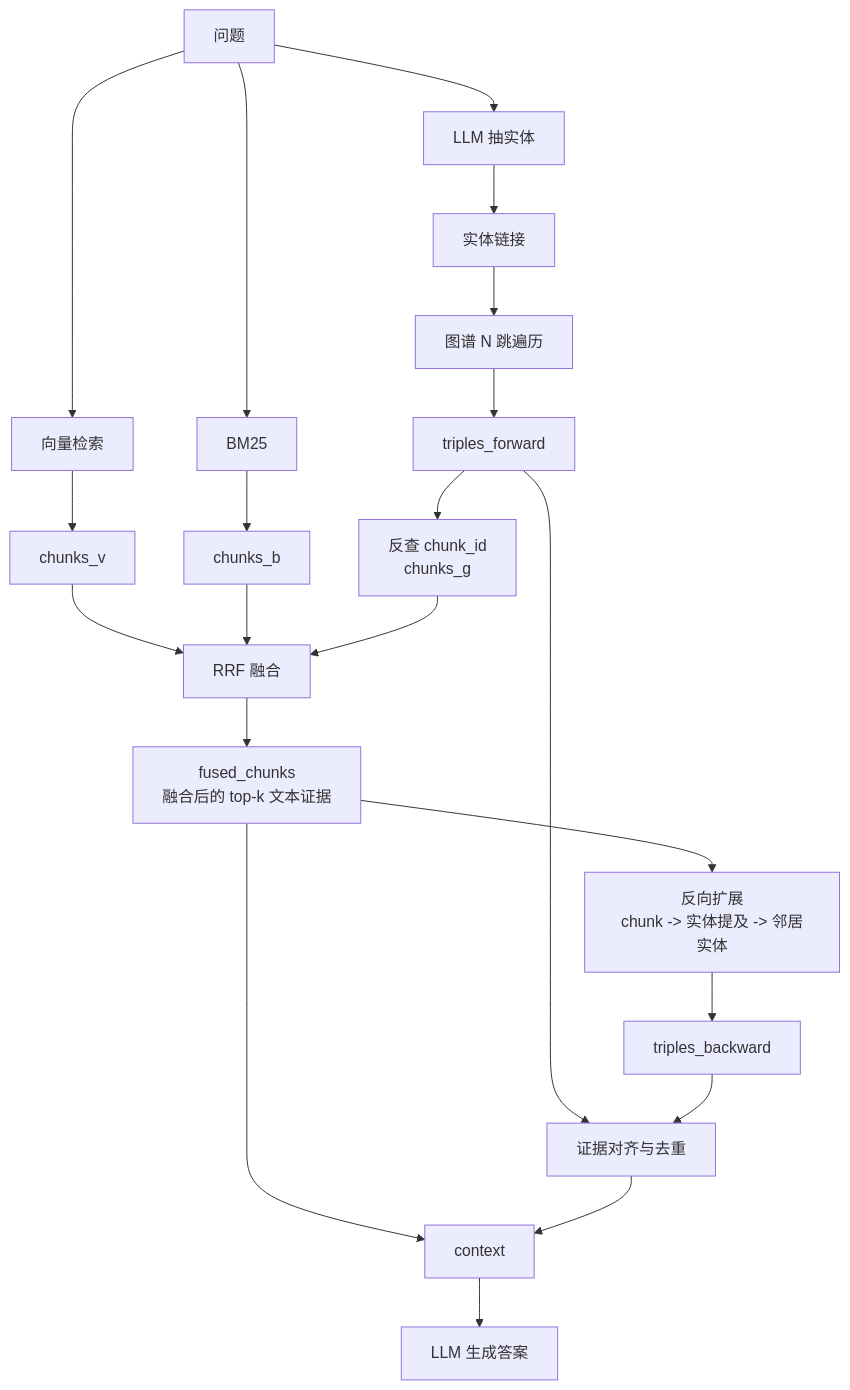
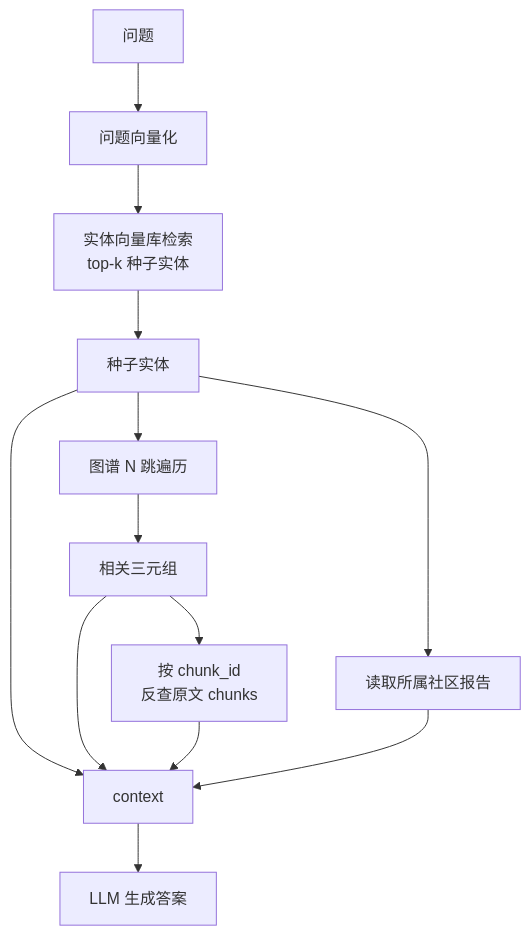
Before and after one commit to Yu-Yantao/yu-yantao.github.io: the second of 2 diagrams in content/blog/2026-05-22-graphrag/index.md, drawn with Mermaid. The commit also changed other lines of this file, not shown here.

Commit message:
feat(Blog): GraphRAG 博客更新

```diff
--- a/content/blog/2026-05-22-graphrag/index.md
+++ b/content/blog/2026-05-22-graphrag/index.md
@@ -466,33 +516,22 @@
 {{< mermaid >}}
 flowchart TD
 Q["问题"]
+Q --> Embed["问题向量化"]
+Embed --> Search["实体向量库检索<br/>top-k 种子实体"]
+Search --> Seeds["种子实体"]
 
-    Q --> V["向量检索"]
-    Q --> B["BM25"]
-    Q --> E["LLM 抽实体"]
+    Seeds --> Walk["图谱 N 跳遍历"]
+    Walk --> Triples["相关三元组"]
 
-    V --> CV["chunks_v"]
-    B --> CB["chunks_b"]
+    Triples --> Reverse["按 chunk_id<br/>反查原文 chunks"]
 
-    E --> EL["实体链接"]
-    EL --> G["图谱 N 跳遍历"]
-    G --> TF["triples_forward"]
-    TF --> CG["反查 chunk_id<br/>chunks_g"]
+    Seeds --> CommunityRead["读取所属社区报告"]
 
-    CV --> RRF["RRF 融合"]
-    CB --> RRF
-    CG --> RRF
-
-    RRF --> FC["fused_chunks<br/>融合后的 top-k 文本证据"]
-
-    FC --> BE["反向扩展<br/>chunk -> 实体提及 -> 邻居实体"]
-    BE --> TB["triples_backward"]
-
-    TF --> ALIGN["证据对齐与去重"]
-    TB --> ALIGN
-    FC --> CTX["context"]
-    ALIGN --> CTX
+    Seeds --> CTX["context"]
+    Triples --> CTX
+    Reverse --> CTX
+    CommunityRead --> CTX
 
     CTX --> LLM["LLM 生成答案"]
 
 {{< /mermaid >}}
```
